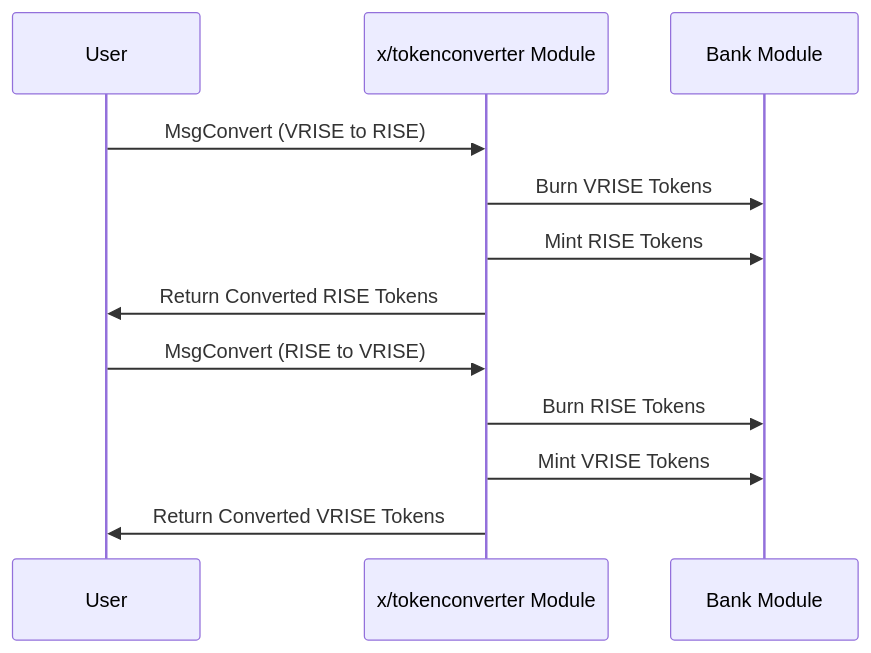
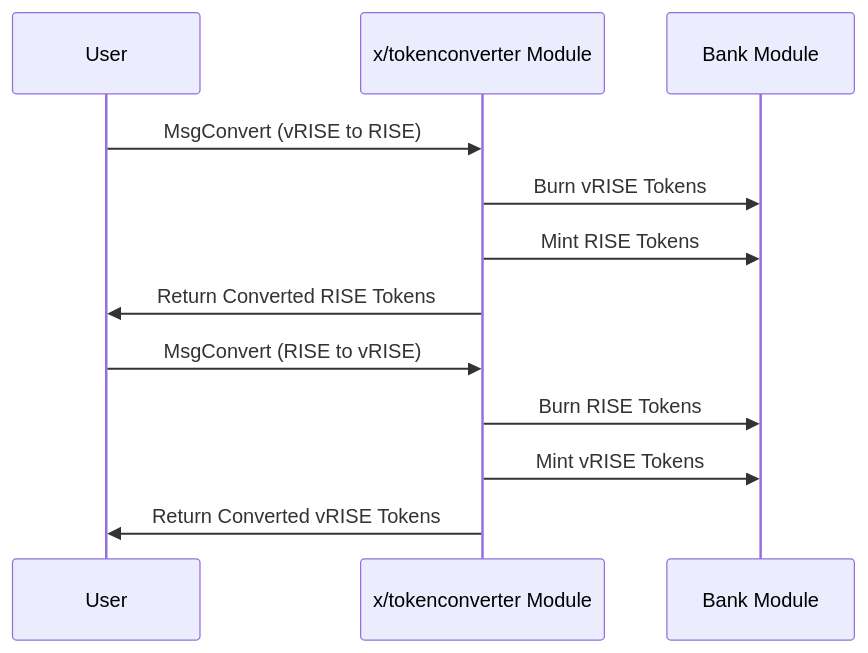
The diagram in learn/sunrise/token-converter.md (sunriselayer/gitbook), drawn with Mermaid before and after one commit. The commit also changed other lines of this file and 1 other file, not shown here.

Commit message:
fix: notation of vRISE

````diff
--- a/learn/sunrise/token-converter.md
+++ b/learn/sunrise/token-converter.md
@@ -46,16 +46,16 @@
 ```mermaid
 sequenceDiagram
     participant User
     participant TokenConverter as x/tokenconverter Module
     participant BankKeeper as Bank Module
 
-    User->>TokenConverter: MsgConvert (VRISE to RISE)
-    TokenConverter->>BankKeeper: Burn VRISE Tokens
+    User->>TokenConverter: MsgConvert (vRISE to RISE)
+    TokenConverter->>BankKeeper: Burn vRISE Tokens
     TokenConverter->>BankKeeper: Mint RISE Tokens
     TokenConverter->>User: Return Converted RISE Tokens
 
-    User->>TokenConverter: MsgConvert (RISE to VRISE)
+    User->>TokenConverter: MsgConvert (RISE to vRISE)
     TokenConverter->>BankKeeper: Burn RISE Tokens
-    TokenConverter->>BankKeeper: Mint VRISE Tokens
-    TokenConverter->>User: Return Converted VRISE Tokens
+    TokenConverter->>BankKeeper: Mint vRISE Tokens
+    TokenConverter->>User: Return Converted vRISE Tokens
 ```
````
